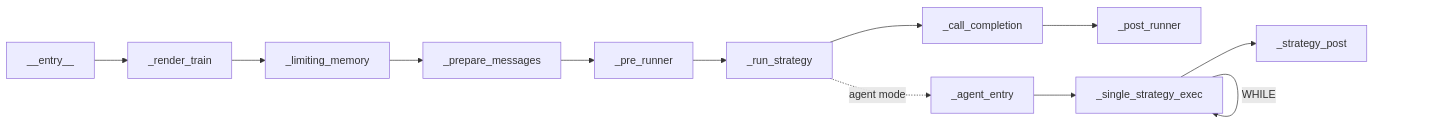
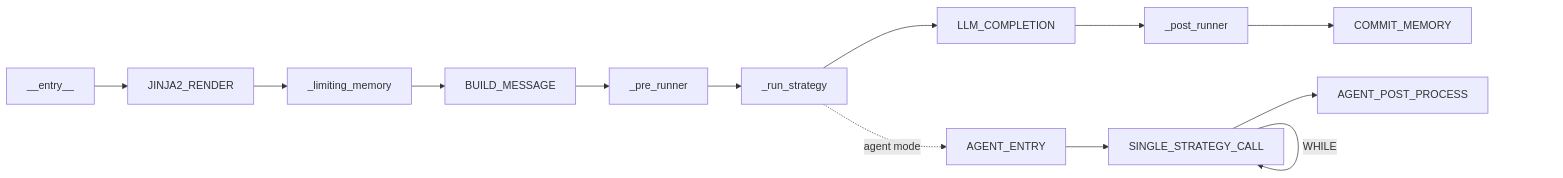
One commit to AmritaBot/AmritaCore changed the diagram in docs/docs/guide/concepts/workflow-engine.md. Above: the diagram before and after it, drawn with Mermaid. The commit also changed other lines of this file and 32 other files, not shown here.

````diff
--- a/docs/docs/guide/concepts/workflow-engine.md
+++ b/docs/docs/guide/concepts/workflow-engine.md
@@ -25,14 +27,15 @@
 ```mermaid
 graph LR
-    A[__entry__] --> B[_render_train]
+    A[__entry__] --> B[JINJA2_RENDER]
     B --> C[_limiting_memory]
-    C --> D[_prepare_messages]
+    C --> D[BUILD_MESSAGE]
     D --> E[_pre_runner]
     E --> F[_run_strategy]
-    F --> G[_call_completion]
+    F --> G[LLM_COMPLETION]
     G --> H[_post_runner]
-    F -.->|agent mode| I[_agent_entry]
-    I --> J[_single_strategy_exec]
-    J -->|WHILE| J
-    J --> K[_strategy_post]
+    H --> I[COMMIT_MEMORY]
+    F -.->|agent mode| J[AGENT_ENTRY]
+    J --> K[SINGLE_STRATEGY_CALL]
+    K -->|WHILE| K
+    K --> L[AGENT_POST_PROCESS]
 ```
````
